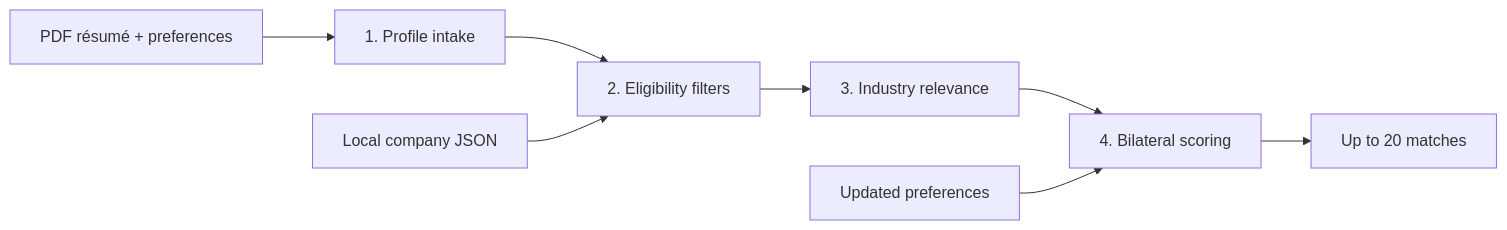
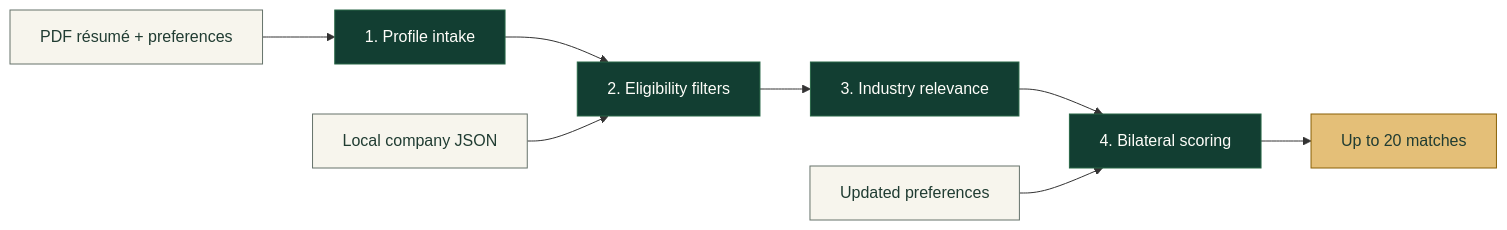
One commit to acespades10/MatchPoint changed the diagram in README.md. Above: the diagram before and after it, drawn with Mermaid. The commit also changed other lines of this file and 2 other files, not shown here.

````diff
--- a/README.md
+++ b/README.md
@@ -82,10 +107,17 @@
 ```mermaid
 flowchart LR
     A[PDF résumé + preferences] --> B[1. Profile intake]
     B --> C[2. Eligibility filters]
     D[Local company JSON] --> C
     C --> E[3. Industry relevance]
     E --> F[4. Bilateral scoring]
     F --> G[Up to 20 matches]
     H[Updated preferences] --> F
+
+    classDef input fill:#f7f5ed,stroke:#66736b,color:#203c32
+    classDef process fill:#123e32,stroke:#286747,color:#fffefa
+    classDef result fill:#e4bf78,stroke:#8a6107,color:#203c32
+    class A,D,H input
+    class B,C,E,F process
+    class G result
 ```
````
